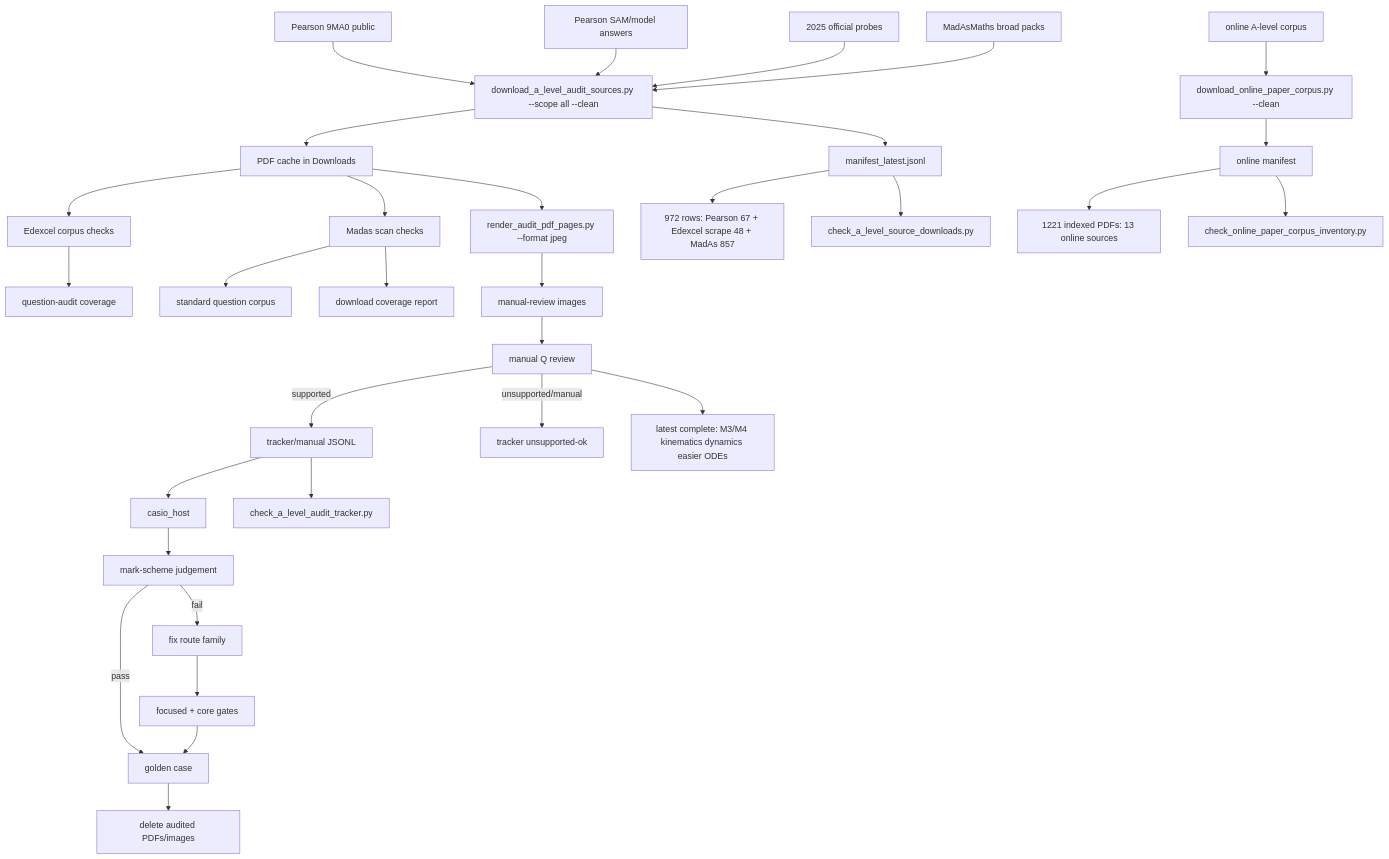
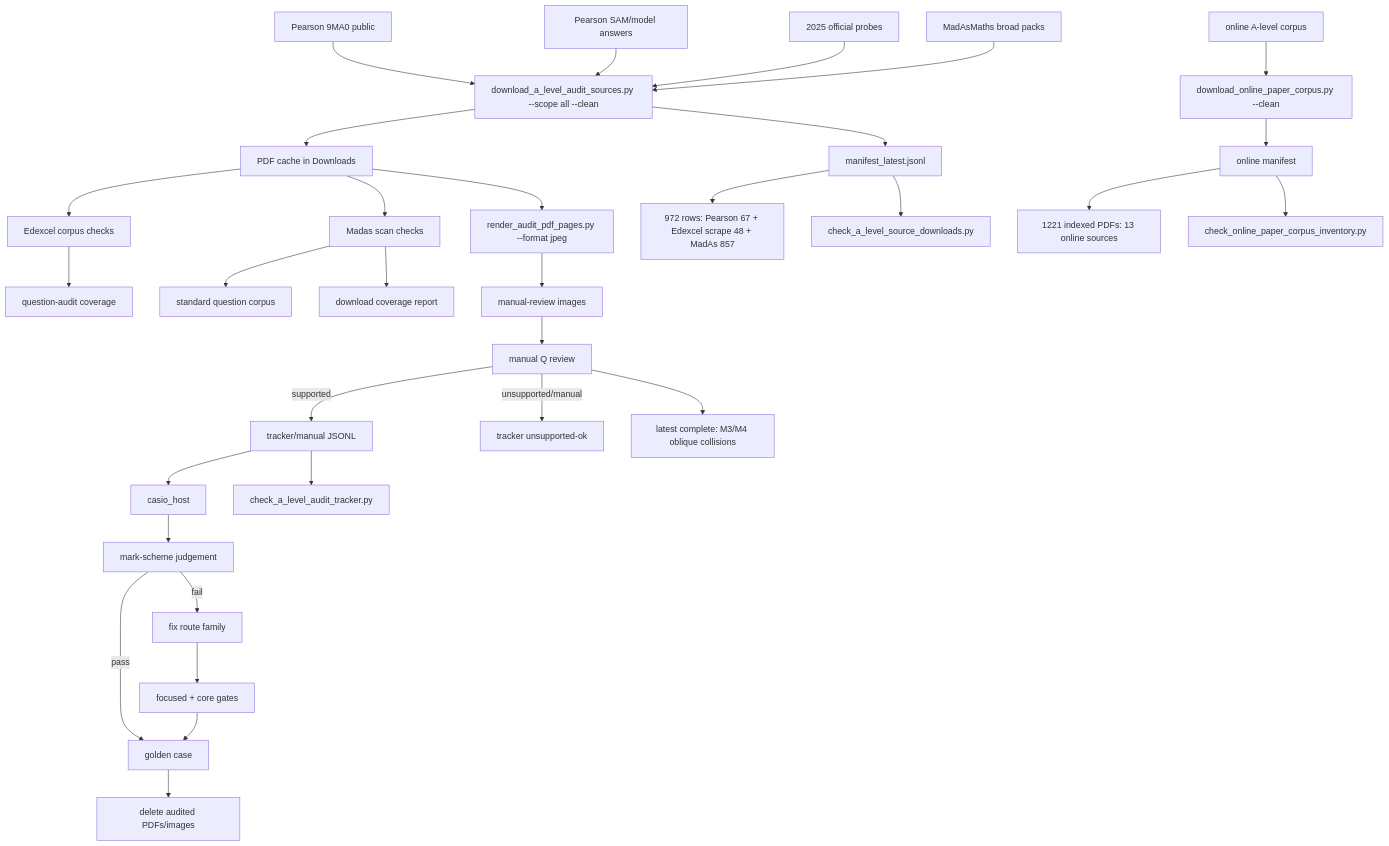
The diagram in c++/tools/golden/a_level_audit_graph.md (james8464/notes-addin-casio-fx-cg50), drawn with Mermaid before and after one commit. The commit also changed other lines of this file and 2 other files, not shown here.

Commit message:
Audit M3 M4 oblique collisions booklet

````diff
--- a/c++/tools/golden/a_level_audit_graph.md
+++ b/c++/tools/golden/a_level_audit_graph.md
@@ -3,34 +3,34 @@
 ```mermaid
 graph TD
   E1["Pearson 9MA0 public"] --> D["download_a_level_audit_sources.py --scope all --clean"]
   E2["Pearson SAM/model answers"] --> D
   E3["2025 official probes"] --> D
   M1["MadAsMaths broad packs"] --> D
   O1["online A-level corpus"] --> OD["download_online_paper_corpus.py --clean"]
   D --> P["PDF cache in Downloads"]
   D --> X["manifest_latest.jsonl"]
   OD --> OX["online manifest"]
   X --> XC["972 rows: Pearson 67 + Edexcel scrape 48 + MadAs 857"]
   OX --> OC["1221 indexed PDFs: 13 online sources"]
   X --> V["check_a_level_source_downloads.py"]
   OX --> OV["check_online_paper_corpus_inventory.py"]
   P --> E["Edexcel corpus checks"]
   E --> EQ["question-audit coverage"]
   P --> S["Madas scan checks"]
   S --> M["standard question corpus"]
   S --> MC["download coverage report"]
   P --> R["render_audit_pdf_pages.py --format jpeg"]
   R --> I["manual-review images"]
   I --> Q["manual Q review"]
   Q -->|supported| J["tracker/manual JSONL"]
   Q -->|unsupported/manual| U["tracker unsupported-ok"]
   J --> H["casio_host"]
   J --> K["check_a_level_audit_tracker.py"]
   H --> C["mark-scheme judgement"]
   C -->|pass| G["golden case"]
   C -->|fail| F["fix route family"]
   F --> T["focused + core gates"]
   T --> G
   G --> Z["delete audited PDFs/images"]
-  Q --> Qt["latest complete: M3/M4 kinematics dynamics easier ODEs"]
+  Q --> Qt["latest complete: M3/M4 oblique collisions"]
 ```
````
